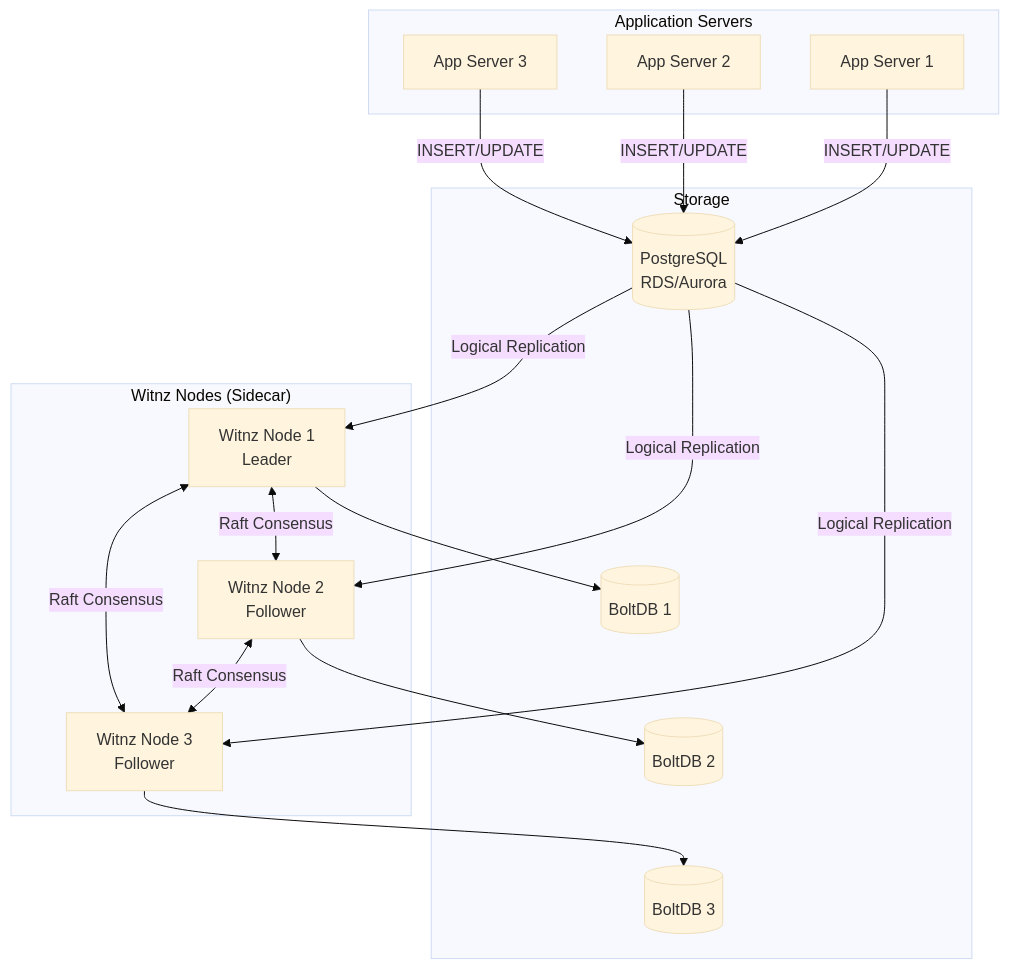
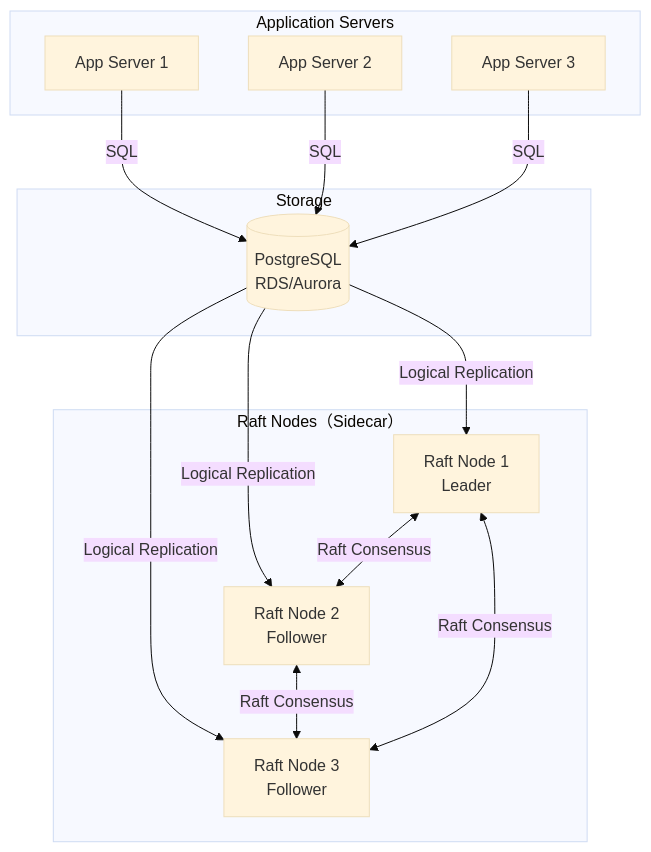
The diagram in README.md (Anes1032/witnz), drawn with Mermaid (base theme) before and after one commit. The commit also changed other lines of this file and 24 other files, not shown here.

````diff
--- a/README.md
+++ b/README.md
@@ -39,37 +28,26 @@
 ```mermaid
 graph TB
     subgraph "Application Servers"
         App1[App Server 1]
         App2[App Server 2]
         App3[App Server 3]
     end
 
-    subgraph "Witnz Nodes (Sidecar)"
-        Node1[Witnz Node 1<br/>Leader]
-        Node2[Witnz Node 2<br/>Follower]
-        Node3[Witnz Node 3<br/>Follower]
+    subgraph "Raft Nodes（Sidecar）"
+        Node1[Raft Node 1<br/>Leader]
+        Node2[Raft Node 2<br/>Follower]
+        Node3[Raft Node 3<br/>Follower]
     end
 
     subgraph "Storage"
         PG[(PostgreSQL<br/>RDS/Aurora)]
-        DB1[(BoltDB 1)]
-        DB2[(BoltDB 2)]
-        DB3[(BoltDB 3)]
     end
 
-    App1 -->|INSERT/UPDATE| PG
-    App2 -->|INSERT/UPDATE| PG
-    App3 -->|INSERT/UPDATE| PG
+    App1 & App2 & App3 -->|SQL| PG
 
-    PG -->|Logical Replication| Node1
-    PG -->|Logical Replication| Node2
-    PG -->|Logical Replication| Node3
+    PG -->|Logical Replication| Node1 & Node2 & Node3
 
     Node1 <-->|Raft Consensus| Node2
     Node2 <-->|Raft Consensus| Node3
     Node3 <-->|Raft Consensus| Node1
-
-    Node1 --> DB1
-    Node2 --> DB2
-    Node3 --> DB3
 ```
````
